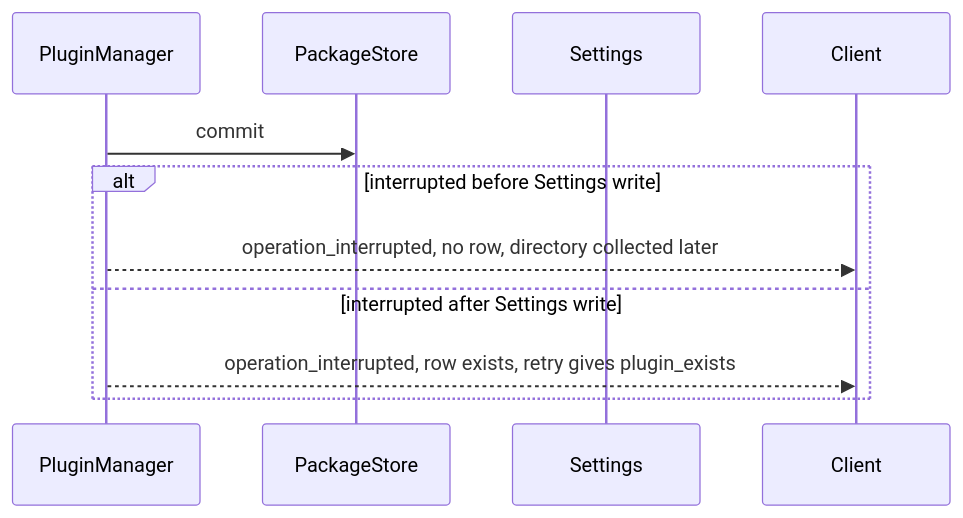
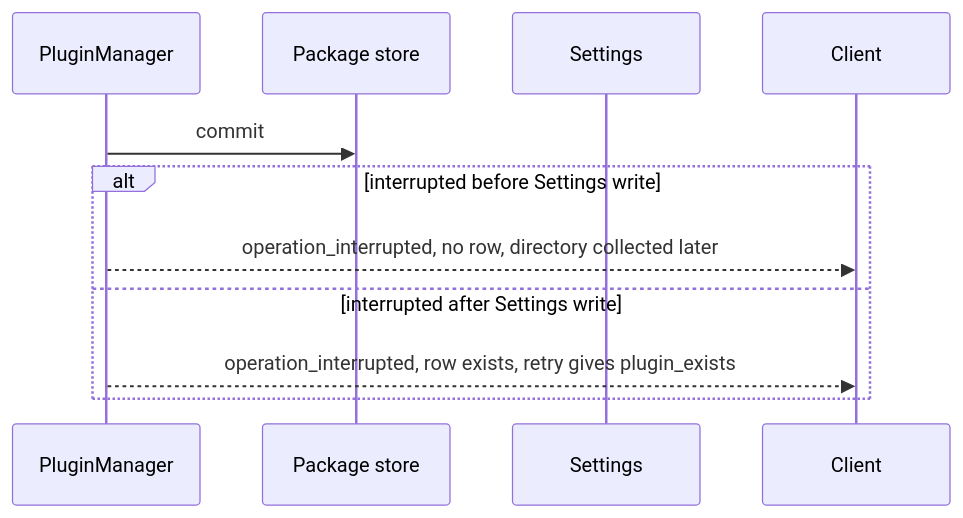
One commit to CoutinhoTTS/dim-agent changed the sixth of 6 diagrams in docs/design/plugins/PluginManager.md. Above: the diagram before and after it, drawn with Mermaid. The commit also changed other lines of this file and 3 other files, not shown here.

````diff
--- a/docs/design/plugins/PluginManager.md
+++ b/docs/design/plugins/PluginManager.md
@@ -160,13 +152,13 @@
 ```mermaid
 sequenceDiagram
   participant PM as PluginManager
-  participant PS as PackageStore
+  participant PS as Package store
   participant S as Settings
   participant C as Client
   PM->>PS: commit
   alt interrupted before Settings write
     PM-->>C: operation_interrupted, no row, directory collected later
   else interrupted after Settings write
     PM-->>C: operation_interrupted, row exists, retry gives plugin_exists
   end
 ```
````
